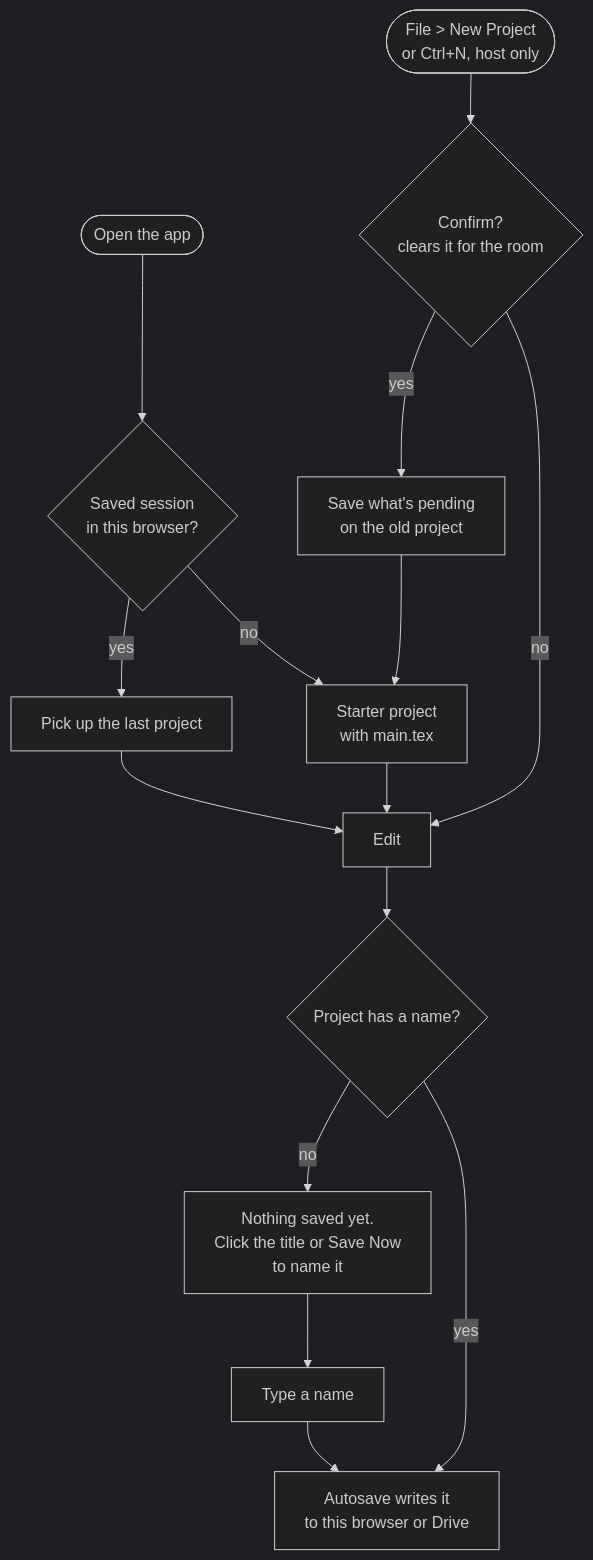
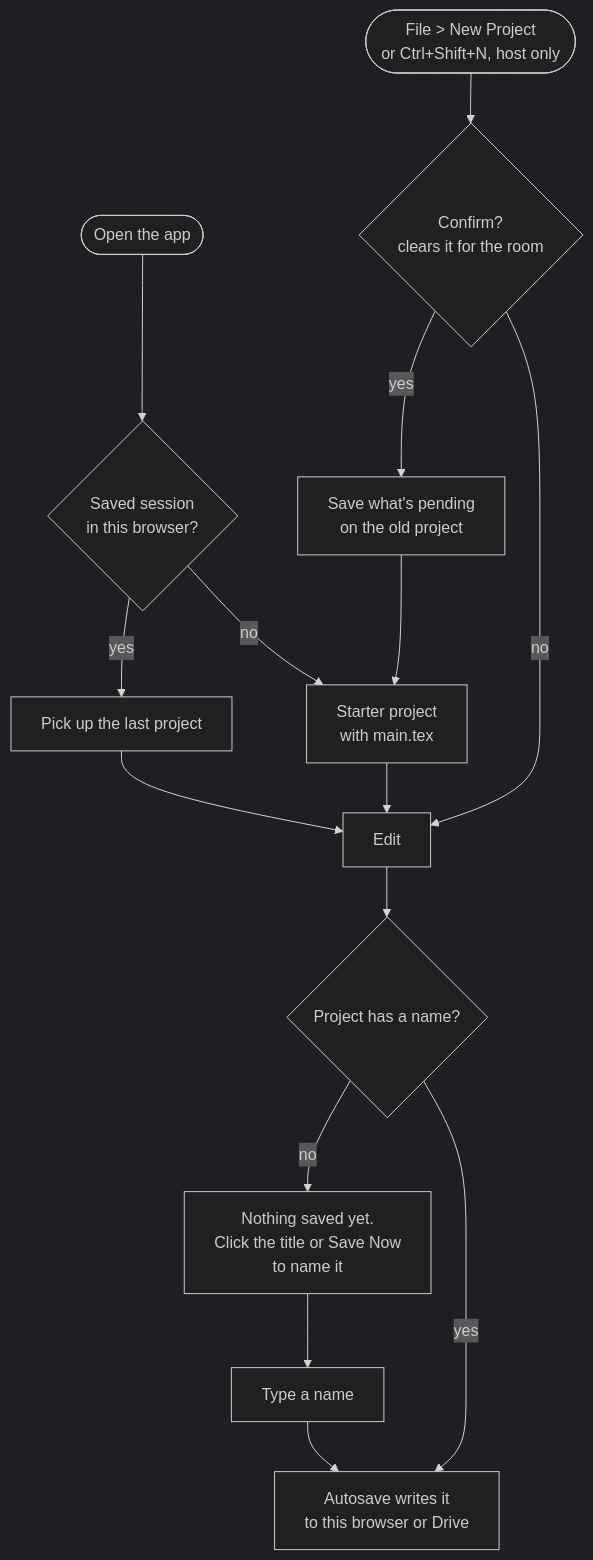
The second of 11 diagrams in docs/how-it-fits.md (PrestonHager/LaTeXCollaborativeEditor), drawn with Mermaid (dark theme) before and after one commit. The commit also changed 19 other files, not shown here.

First line of the commit message:
New File on Ctrl+N, New Project on Ctrl+Shift+N, free-name suggestions (#133)

````diff
--- a/docs/how-it-fits.md
+++ b/docs/how-it-fits.md
@@ -74,17 +74,17 @@
 ```mermaid
 flowchart TD
     A([Open the app]) --> B{Saved session<br/>in this browser?}
     B -- yes --> C[Pick up the last project]
     B -- no --> D[Starter project<br/>with main.tex]
     C --> E[Edit]
     D --> E
-    N([File > New Project<br/>or Ctrl+N, host only]) --> F{Confirm?<br/>clears it for the room}
+    N([File > New Project<br/>or Ctrl+Shift+N, host only]) --> F{Confirm?<br/>clears it for the room}
     F -- no --> E
     F -- yes --> G[Save what's pending<br/>on the old project]
     G --> D
     E --> H{Project has a name?}
     H -- no --> I[Nothing saved yet.<br/>Click the title or Save Now<br/>to name it]
     I --> J[Type a name]
     J --> K[Autosave writes it<br/>to this browser or Drive]
     H -- yes --> K
 ```
````
